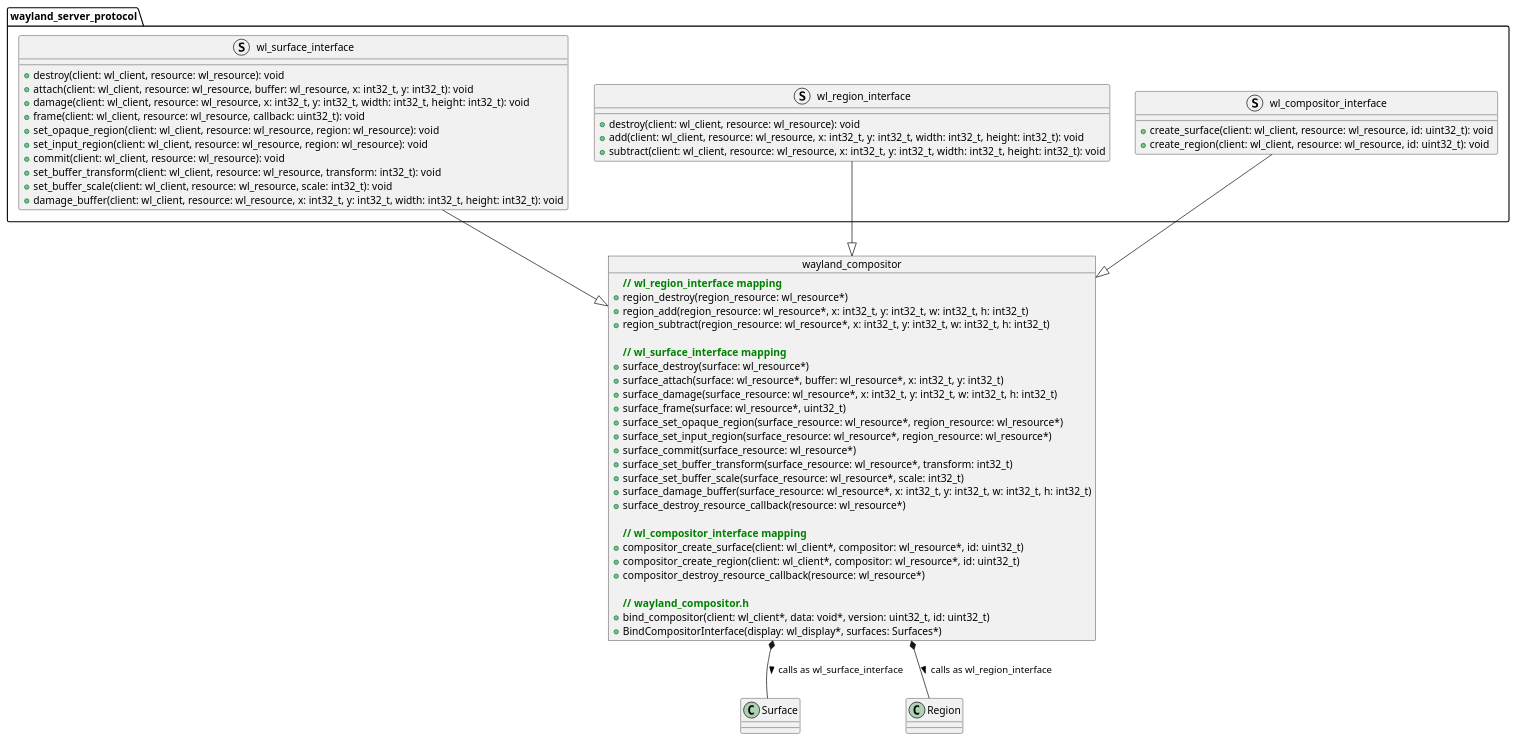
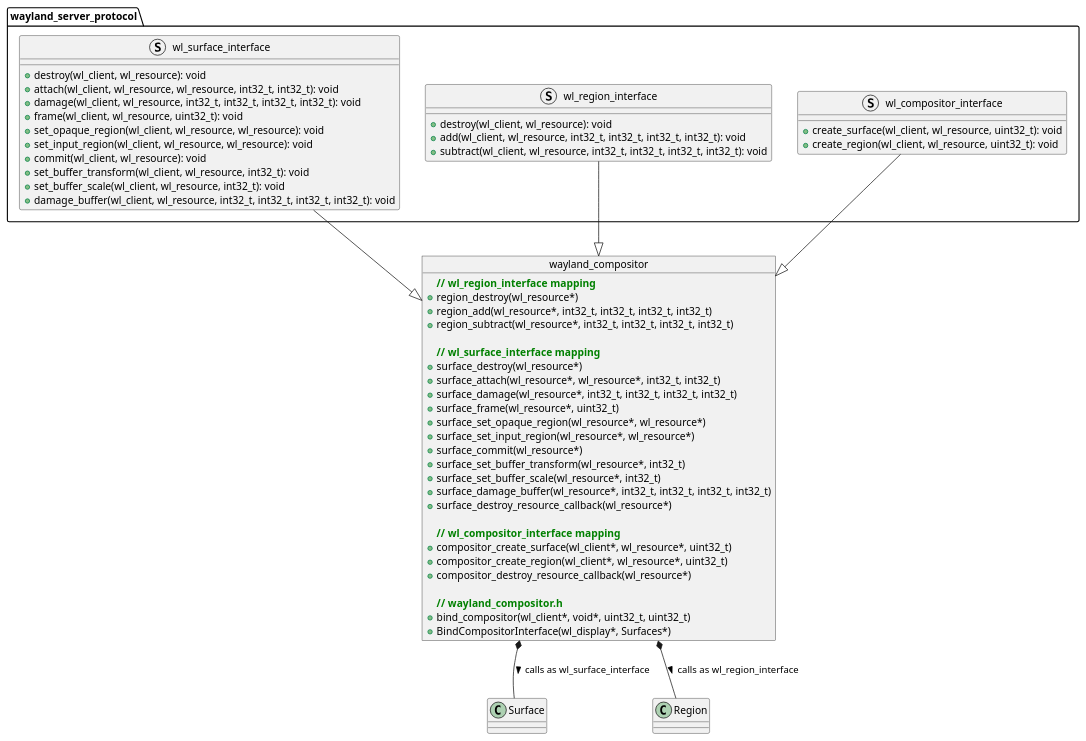
The diagram in compositor.puml (dmitvitalii/cf_diagrams), drawn with PlantUML before and after one commit. The commit also changed other lines of this file and 2 other files, not shown here.

```diff
--- a/compositor.puml
+++ b/compositor.puml
@@ -1,70 +1,68 @@
 @startuml
 
 package wayland_server_protocol {
 
-
 struct wl_surface_interface {
-    + destroy(client: wl_client, resource: wl_resource): void
-    + attach(client: wl_client, resource: wl_resource, buffer: wl_resource, x: int32_t, y: int32_t): void
-    + damage(client: wl_client, resource: wl_resource, x: int32_t, y: int32_t, width: int32_t, height: int32_t): void
-    + frame(client: wl_client, resource: wl_resource, callback: uint32_t): void
-    + set_opaque_region(client: wl_client, resource: wl_resource, region: wl_resource): void
-    + set_input_region(client: wl_client, resource: wl_resource, region: wl_resource): void
-    + commit(client: wl_client, resource: wl_resource): void
-    + set_buffer_transform(client: wl_client, resource: wl_resource, transform: int32_t): void
-    + set_buffer_scale(client: wl_client, resource: wl_resource, scale: int32_t): void
-    + damage_buffer(client: wl_client, resource: wl_resource, x: int32_t, y: int32_t, width: int32_t, height: int32_t): void
+    + destroy(wl_client, wl_resource): void
+    + attach(wl_client, wl_resource, wl_resource, int32_t, int32_t): void
+    + damage(wl_client, wl_resource, int32_t, int32_t, int32_t, int32_t): void
+    + frame(wl_client, wl_resource, uint32_t): void
+    + set_opaque_region(wl_client, wl_resource, wl_resource): void
+    + set_input_region(wl_client, wl_resource, wl_resource): void
+    + commit(wl_client, wl_resource): void
+    + set_buffer_transform(wl_client, wl_resource, int32_t): void
+    + set_buffer_scale(wl_client, wl_resource, int32_t): void
+    + damage_buffer(wl_client, wl_resource, int32_t, int32_t, int32_t, int32_t): void
 }
 
 struct wl_region_interface {
-    + destroy(client: wl_client, resource: wl_resource): void
-    + add(client: wl_client, resource: wl_resource, x: int32_t, y: int32_t, width: int32_t, height: int32_t): void
-    + subtract(client: wl_client, resource: wl_resource, x: int32_t, y: int32_t, width: int32_t, height: int32_t): void
+    + destroy(wl_client, wl_resource): void
+    + add(wl_client, wl_resource, int32_t, int32_t, int32_t, int32_t): void
+    + subtract(wl_client, wl_resource, int32_t, int32_t, int32_t, int32_t): void
 }
 
 struct wl_compositor_interface {
-    + create_surface(client: wl_client, resource: wl_resource, id: uint32_t): void
-    + create_region(client: wl_client, resource: wl_resource, id: uint32_t): void
+    + create_surface(wl_client, wl_resource, uint32_t): void
+    + create_region(wl_client, wl_resource, uint32_t): void
 }
 
 }
 
 object wayland_compositor {
     <b><color:Green>// wl_region_interface mapping
-    +region_destroy(region_resource: wl_resource*)
-    +region_add(region_resource: wl_resource*, x: int32_t, y: int32_t, w: int32_t, h: int32_t)
-    +region_subtract(region_resource: wl_resource*, x: int32_t, y: int32_t, w: int32_t, h: int32_t)
+    +region_destroy(wl_resource*)
+    +region_add(wl_resource*, int32_t, int32_t, int32_t, int32_t)
+    +region_subtract(wl_resource*, int32_t, int32_t, int32_t, int32_t)
 
     \n<b><color:Green>// wl_surface_interface mapping
-    +surface_destroy(surface: wl_resource*)
-    +surface_attach(surface: wl_resource*, buffer: wl_resource*, x: int32_t, y: int32_t)
-    +surface_damage(surface_resource: wl_resource*, x: int32_t, y: int32_t, w: int32_t, h: int32_t)
-    +surface_frame(surface: wl_resource*, uint32_t)
-    +surface_set_opaque_region(surface_resource: wl_resource*, region_resource: wl_resource*)
-    +surface_set_input_region(surface_resource: wl_resource*, region_resource: wl_resource*)
-    +surface_commit(surface_resource: wl_resource*)
-    +surface_set_buffer_transform(surface_resource: wl_resource*, transform: int32_t)
-    +surface_set_buffer_scale(surface_resource: wl_resource*, scale: int32_t)
-    +surface_damage_buffer(surface_resource: wl_resource*, x: int32_t, y: int32_t, w: int32_t, h: int32_t)
-    +surface_destroy_resource_callback(resource: wl_resource*)
+    +surface_destroy(wl_resource*)
+    +surface_attach(wl_resource*, wl_resource*, int32_t, int32_t)
+    +surface_damage(wl_resource*, int32_t, int32_t, int32_t, int32_t)
+    +surface_frame(wl_resource*, uint32_t)
+    +surface_set_opaque_region(wl_resource*, wl_resource*)
+    +surface_set_input_region(wl_resource*, wl_resource*)
+    +surface_commit(wl_resource*)
+    +surface_set_buffer_transform(wl_resource*, int32_t)
+    +surface_set_buffer_scale(wl_resource*, int32_t)
+    +surface_damage_buffer(wl_resource*, int32_t, int32_t, int32_t, int32_t)
+    +surface_destroy_resource_callback(wl_resource*)
 
     \n<b><color:Green>// wl_compositor_interface mapping
-    +compositor_create_surface(client: wl_client*, compositor: wl_resource*, id: uint32_t)
-    +compositor_create_region(client: wl_client*, compositor: wl_resource*, id: uint32_t)
-    +compositor_destroy_resource_callback(resource: wl_resource*)
+    +compositor_create_surface(wl_client*, wl_resource*, uint32_t)
+    +compositor_create_region(wl_client*, wl_resource*, uint32_t)
+    +compositor_destroy_resource_callback(wl_resource*)
 
     \n<b><color:Green>// wayland_compositor.h
-    +bind_compositor(client: wl_client*, data: void*, version: uint32_t, id: uint32_t)
-    +BindCompositorInterface(display: wl_display*, surfaces: Surfaces*)
+    +bind_compositor(wl_client*, void*, uint32_t, uint32_t)
+    +BindCompositorInterface(wl_display*, Surfaces*)
 
 }
 
 wl_compositor_interface --|> wayland_compositor
 wl_surface_interface --|> wayland_compositor
 wl_region_interface --|> wayland_compositor
 
 wayland_compositor *-- Surface : calls as wl_surface_interface >
 wayland_compositor *-- Region: calls as wl_region_interface >
 
-
 @enduml
```
